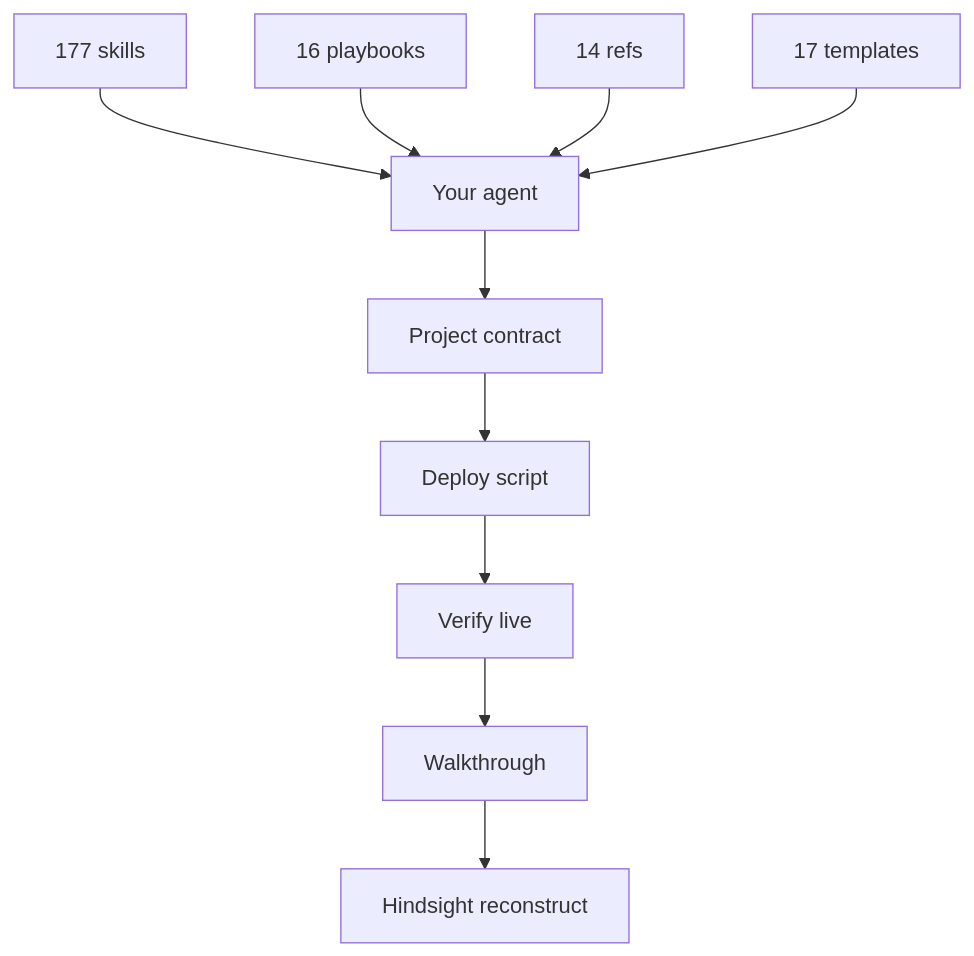
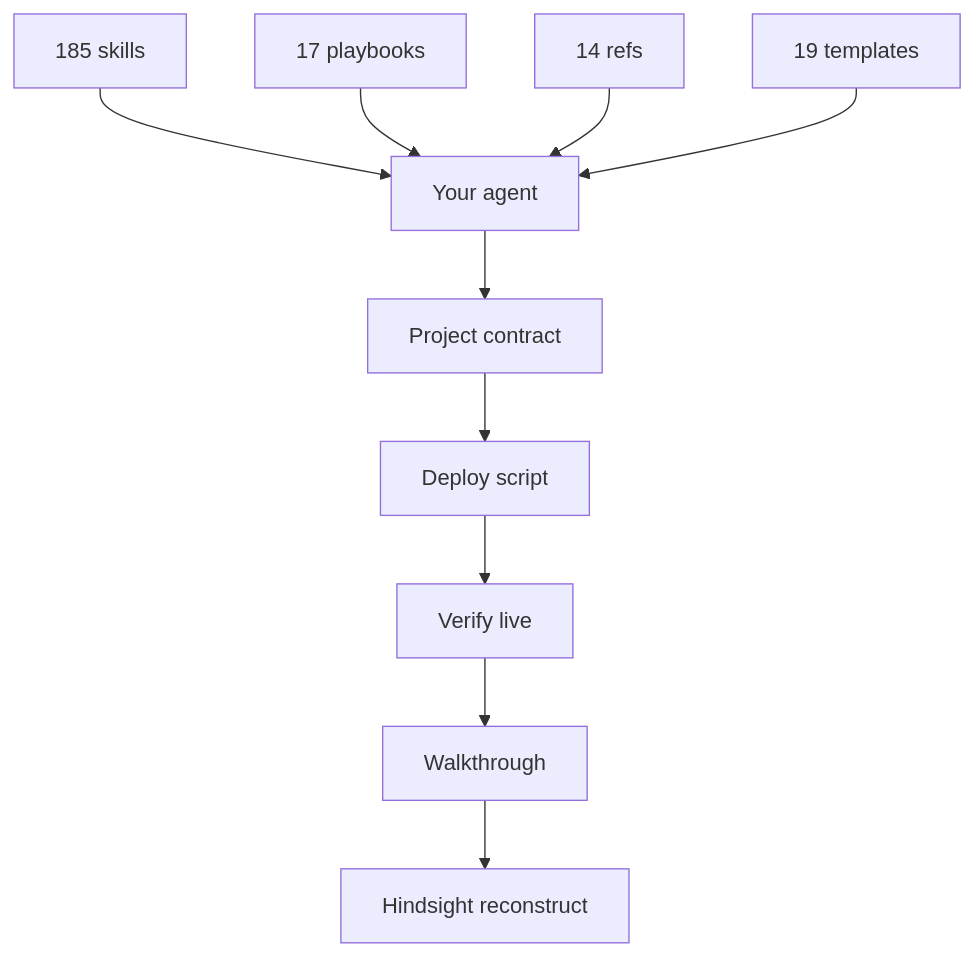
One commit to Nonarkara/dr-non-vibecoding-skills changed the third of 3 diagrams in README.md. Above: the diagram before and after it, drawn with Mermaid. The commit also changed other lines of this file and 27 other files, not shown here.

````diff
--- a/README.md
+++ b/README.md
@@ -453,12 +451,12 @@
 ```mermaid
 flowchart TB
-  S["177 skills"] --> A["Your agent"]
-  P["16 playbooks"] --> A
+  S["185 skills"] --> A["Your agent"]
+  P["17 playbooks"] --> A
   R["14 refs"] --> A
-  T["17 templates"] --> A
+  T["19 templates"] --> A
   A --> W["Project contract"]
   W --> D["Deploy script"]
   D --> V["Verify live"]
   V --> H["Walkthrough"]
   H --> L["Hindsight reconstruct"]
 ```
````
